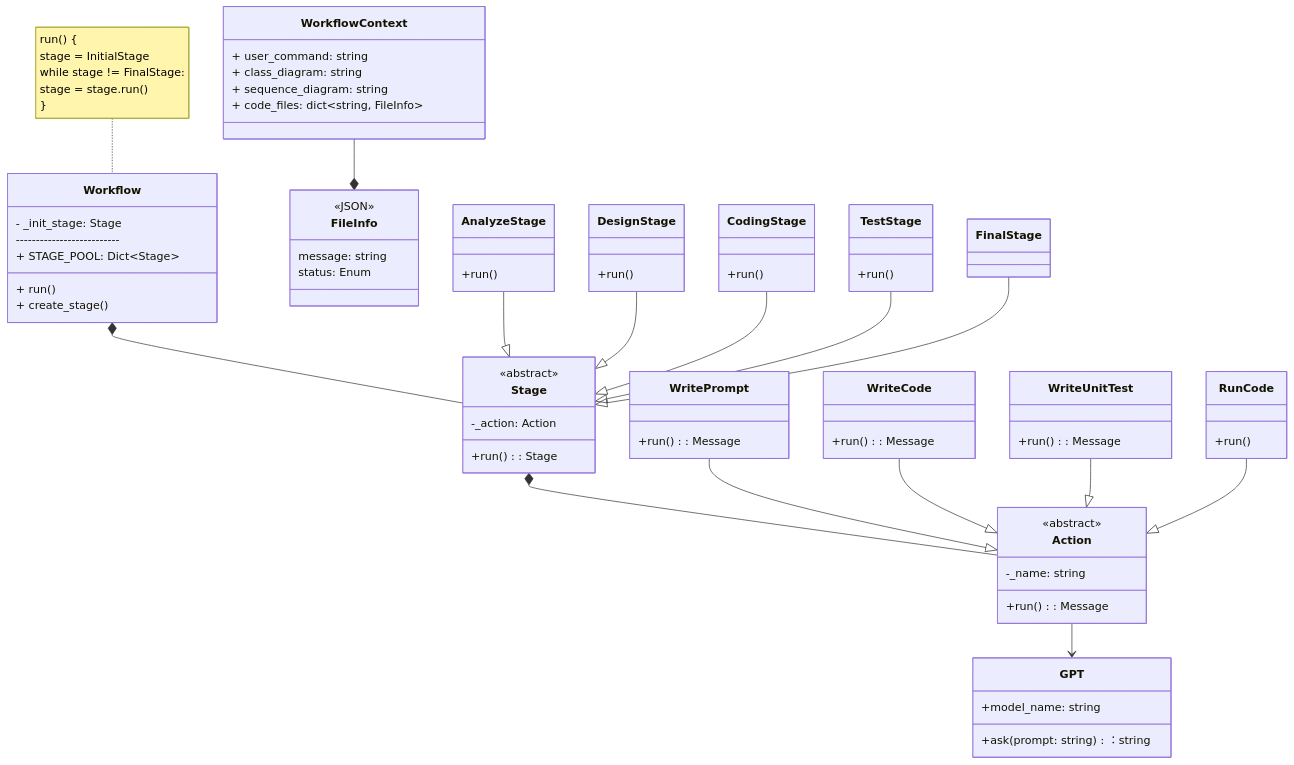
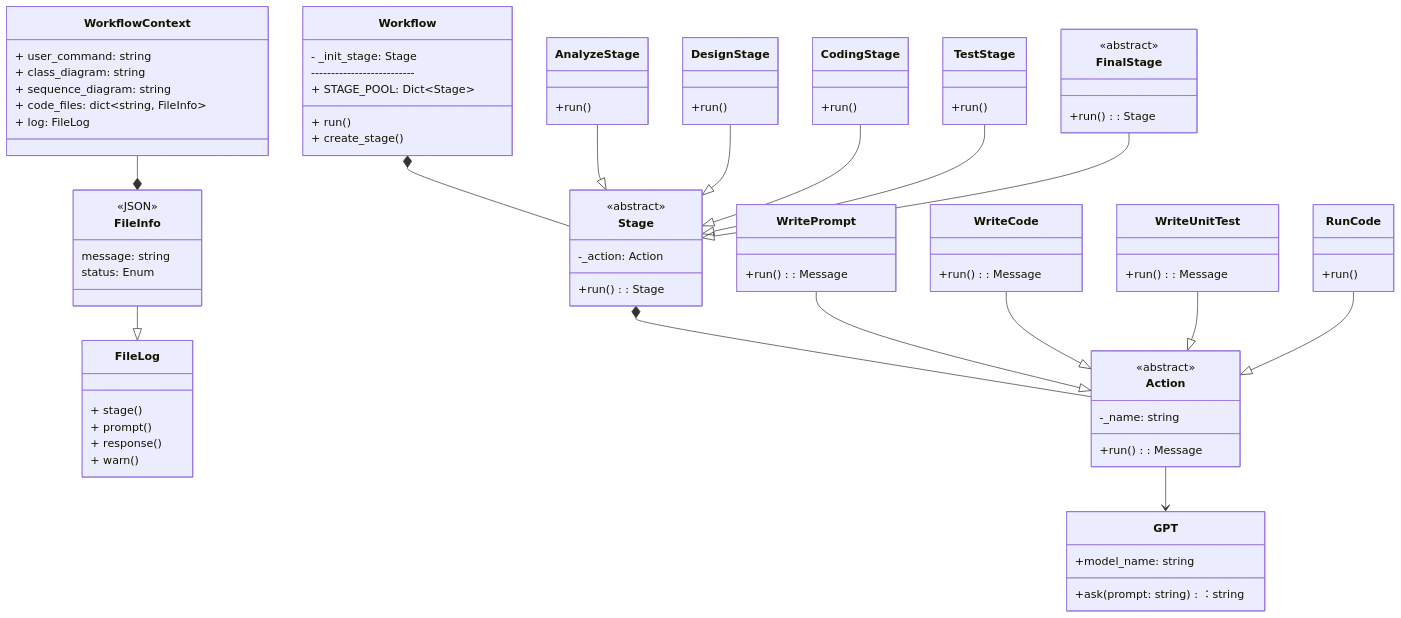
Before and after one commit to Yaashboii/GenSwarmVIP: the diagram in docs/class_diagram.md, drawn with Mermaid.

Commit message:
fix: docs/class_diagram.md

```diff
--- a/docs/class_diagram.md
+++ b/docs/class_diagram.md
@@ -8,24 +8,34 @@
         + run()
         + create_stage()
     }
+    
+    class FinalStage {
+        <<abstract>>
+        +run(): Stage
+    }
 
-    note for Workflow "run() {
-        stage = InitialStage
-        while stage != FinalStage:
-            stage = stage.run()
-    }"
 
     class FileInfo {
         <<JSON>>
         message: string
         status: Enum
     }
-
+    
+    class FileLog {
+        + stage()
+        + prompt()
+        + response()
+        + warn()
+    }
+    
+    FileInfo --|> FileLog
+    
     class WorkflowContext {
         + user_command: string
         + class_diagram: string
         + sequence_diagram: string
         + code_files: dict~string, FileInfo~
+        + log: FileLog
     }
 
 	class GPT {
```
